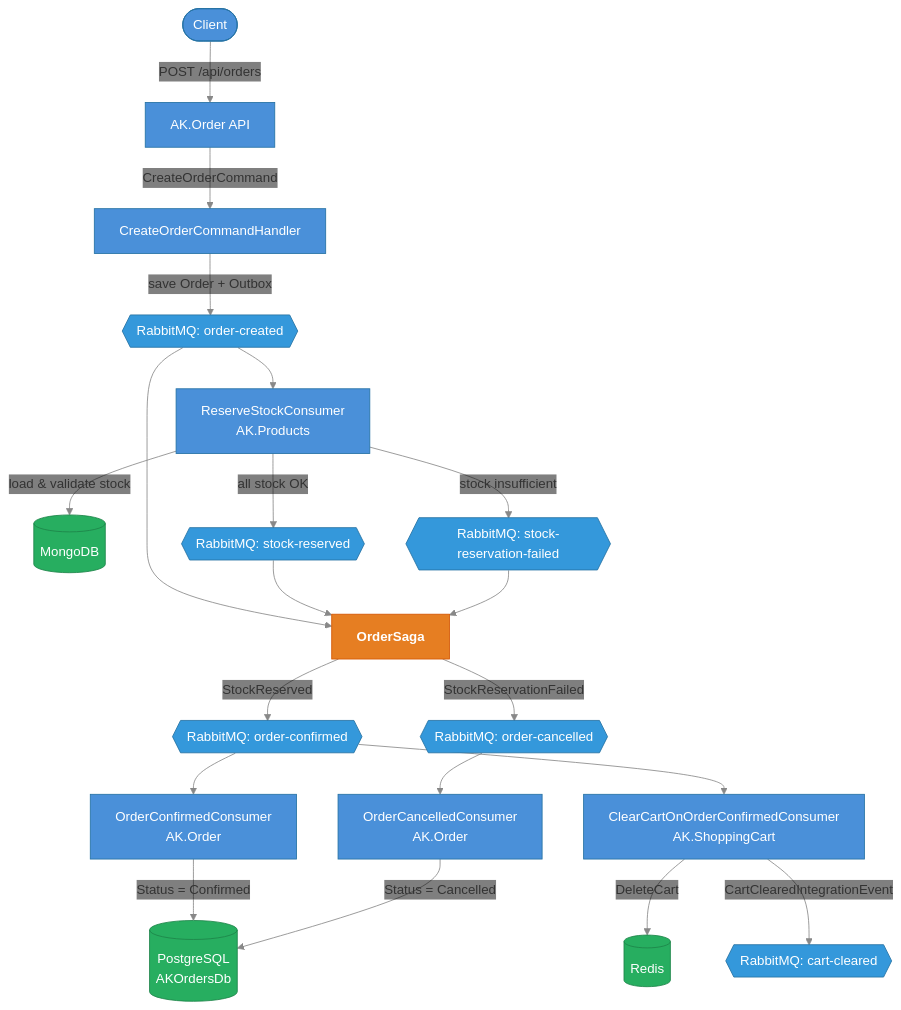
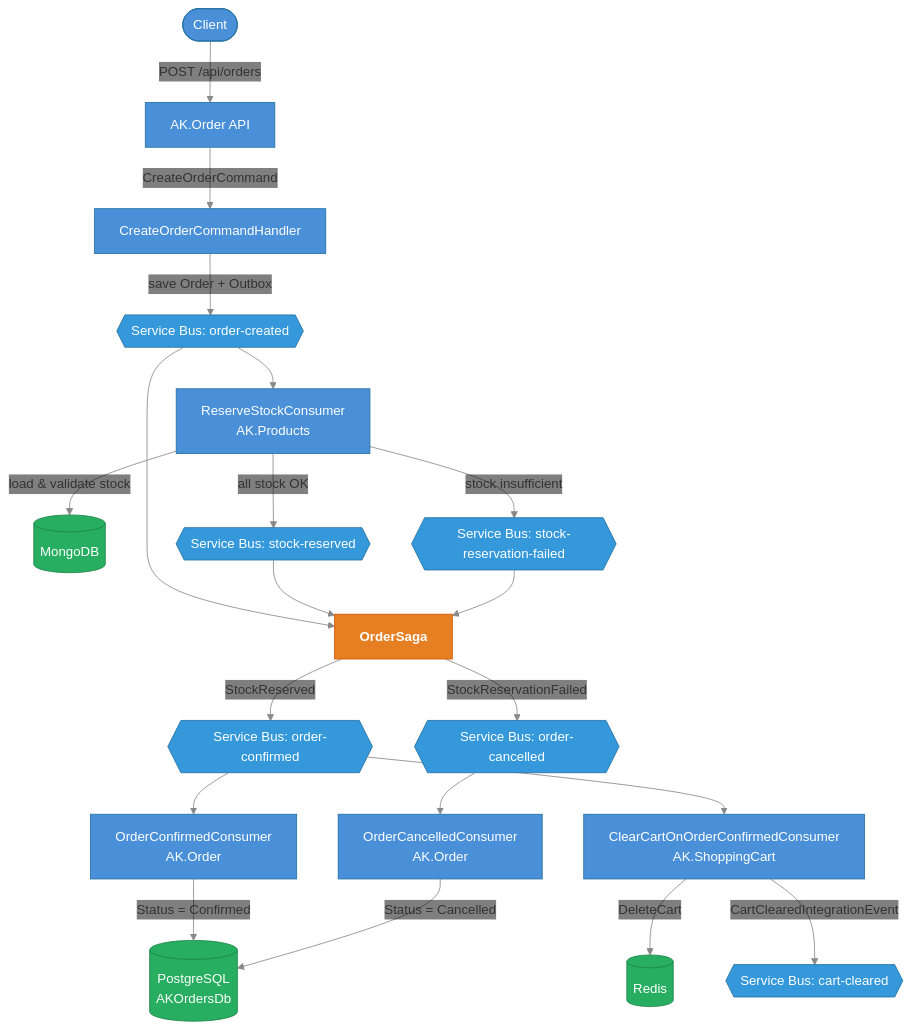
One commit to seesathish/AntKart-Src3 changed the first of 3 diagrams in docs/design/EVENTBUS.md. Above: the diagram before and after it, drawn with Mermaid. The commit also changed other lines of this file and 3 other files, not shown here.

First line of the commit message:
docs: refresh messaging docs from RabbitMQ to Azure Service Bus

````diff
--- a/docs/design/EVENTBUS.md
+++ b/docs/design/EVENTBUS.md
@@ -11,41 +13,41 @@
 ```mermaid
 %%{init: {'theme': 'base', 'themeVariables': {'lineColor': '#888888', 'edgeLabelBackground': '#00000000'}}}%%
 flowchart TD
     classDef service fill:#4A90D9,stroke:#2471A3,color:#fff
     classDef event fill:#3498DB,stroke:#2471A3,color:#fff
     classDef saga fill:#E67E22,stroke:#D35400,color:#fff,font-weight:bold
     classDef database fill:#27AE60,stroke:#1E8449,color:#fff
     classDef decision fill:#E74C3C,stroke:#C0392B,color:#fff
 
     Client([Client]):::service
     OrderAPI[AK.Order API]:::service
     Handler[CreateOrderCommandHandler]:::service
-    MQ_OC{{RabbitMQ: order-created}}:::event
+    MQ_OC{{Service Bus: order-created}}:::event
     Saga[OrderSaga]:::saga
     RSC[ReserveStockConsumer\nAK.Products]:::service
     MongoDB[(MongoDB)]:::database
 
     Client -->|POST /api/orders| OrderAPI
     OrderAPI -->|CreateOrderCommand| Handler
     Handler -->|save Order + Outbox| MQ_OC
     MQ_OC --> Saga
     MQ_OC --> RSC
     RSC -->|load & validate stock| MongoDB
-    RSC -->|all stock OK| MQ_SR{{RabbitMQ: stock-reserved}}:::event
-    RSC -->|stock insufficient| MQ_SRF{{RabbitMQ: stock-reservation-failed}}:::event
+    RSC -->|all stock OK| MQ_SR{{Service Bus: stock-reserved}}:::event
+    RSC -->|stock insufficient| MQ_SRF{{Service Bus: stock-reservation-failed}}:::event
 
     MQ_SR --> Saga
     MQ_SRF --> Saga
 
-    Saga -->|StockReserved| MQ_OConf{{RabbitMQ: order-confirmed}}:::event
-    Saga -->|StockReservationFailed| MQ_OCan{{RabbitMQ: order-cancelled}}:::event
+    Saga -->|StockReserved| MQ_OConf{{Service Bus: order-confirmed}}:::event
+    Saga -->|StockReservationFailed| MQ_OCan{{Service Bus: order-cancelled}}:::event
 
     MQ_OConf --> OCC[OrderConfirmedConsumer\nAK.Order]:::service
     MQ_OConf --> CCC[ClearCartOnOrderConfirmedConsumer\nAK.ShoppingCart]:::service
     MQ_OCan --> OCan[OrderCancelledConsumer\nAK.Order]:::service
 
     OCC -->|Status = Confirmed| OrderDB[(PostgreSQL\nAKOrdersDb)]:::database
     CCC -->|DeleteCart| Redis[(Redis)]:::database
-    CCC -->|CartClearedIntegrationEvent| MQ_CC{{RabbitMQ: cart-cleared}}:::event
+    CCC -->|CartClearedIntegrationEvent| MQ_CC{{Service Bus: cart-cleared}}:::event
     OCan -->|Status = Cancelled| OrderDB
 ```
````
